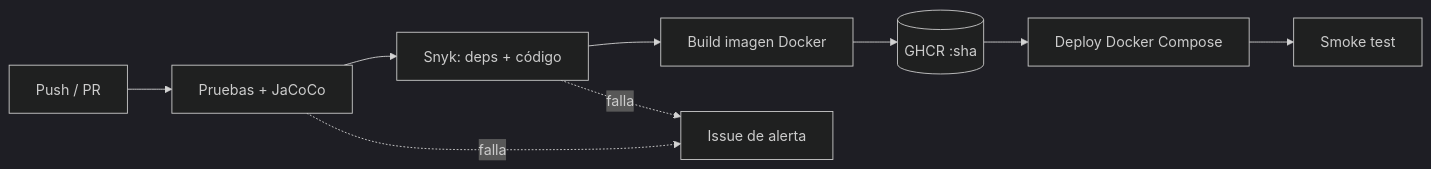
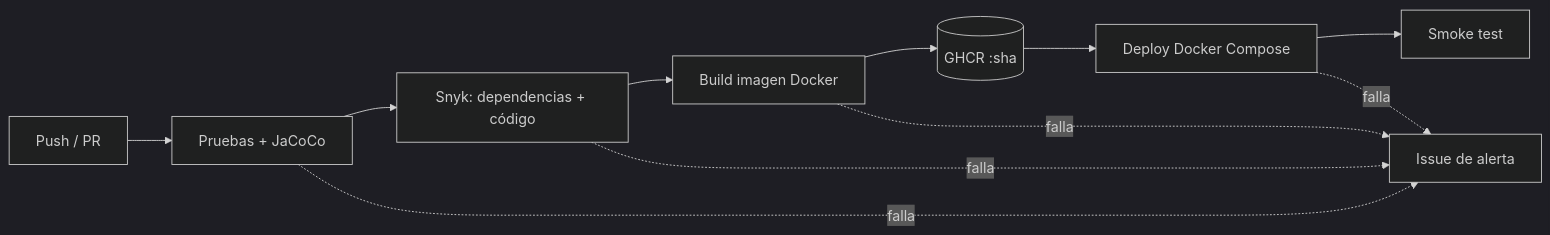
Before and after one commit to G4reen/ms-vehiculos: the diagram in README.md, drawn with Mermaid (dark theme). The commit also changed other lines of this file, not shown here.

````diff
--- a/README.md
+++ b/README.md
@@ -9,11 +11,13 @@
 ```mermaid
 flowchart LR
   Dev[Push / PR] --> T[Pruebas + JaCoCo]
-  T --> S[Snyk: deps + código]
+  T --> S[Snyk: dependencias + código]
   S --> B[Build imagen Docker]
   B --> R[(GHCR :sha)]
   R --> D[Deploy Docker Compose]
   D --> H[Smoke test]
   T -.falla.-> A[Issue de alerta]
   S -.falla.-> A
+  B -.falla.-> A
+  D -.falla.-> A
 ```
````
